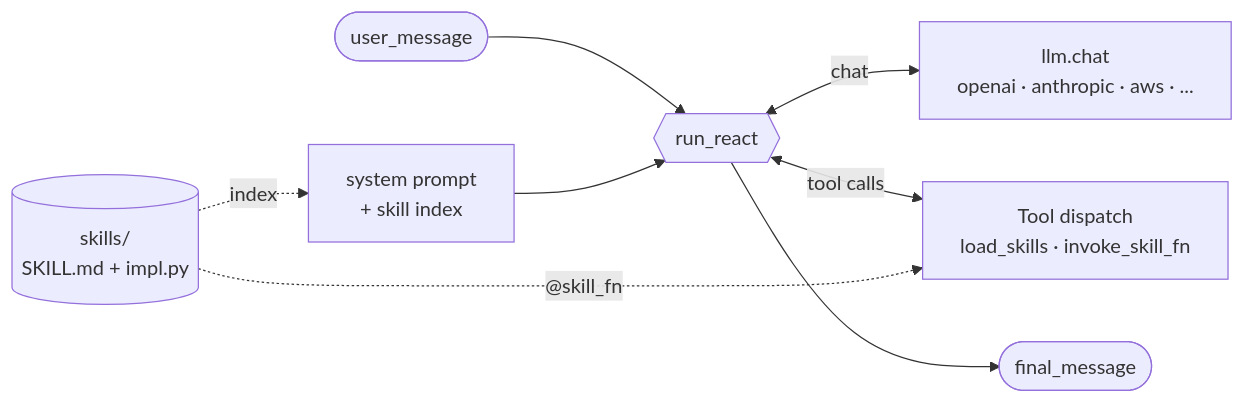
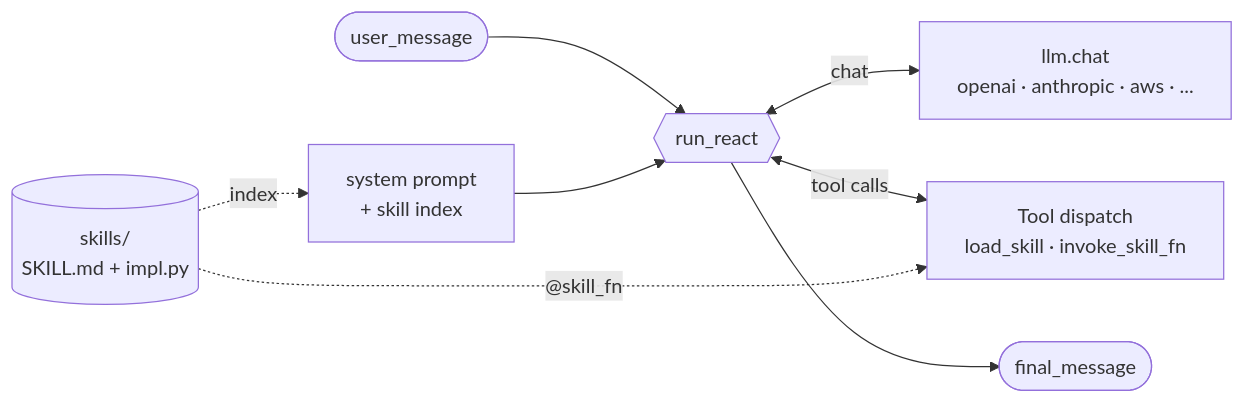
Before and after one commit to Coral-Bricks-AI/reef: the diagram in reef/README.md, drawn with Mermaid. The commit also changed other lines of this file and 1 other file, not shown here.

````diff
--- a/reef/README.md
+++ b/reef/README.md
@@ -284,10 +170,10 @@
 ```mermaid
 flowchart LR
     user([user_message]) --> loop
     skills[(skills/<br/>SKILL.md + impl.py)] -. index .-> prompt[system prompt<br/>+ skill index]
     prompt --> loop
     loop{{run_react}} <-->|chat| llm[llm.chat<br/>openai · anthropic · aws · ...]
-    loop <-->|tool calls| tools[Tool dispatch<br/>load_skills · invoke_skill_fn]
+    loop <-->|tool calls| tools[Tool dispatch<br/>load_skill · invoke_skill_fn]
     skills -. @skill_fn .-> tools
     loop --> answer([final_message])
 ```
````
